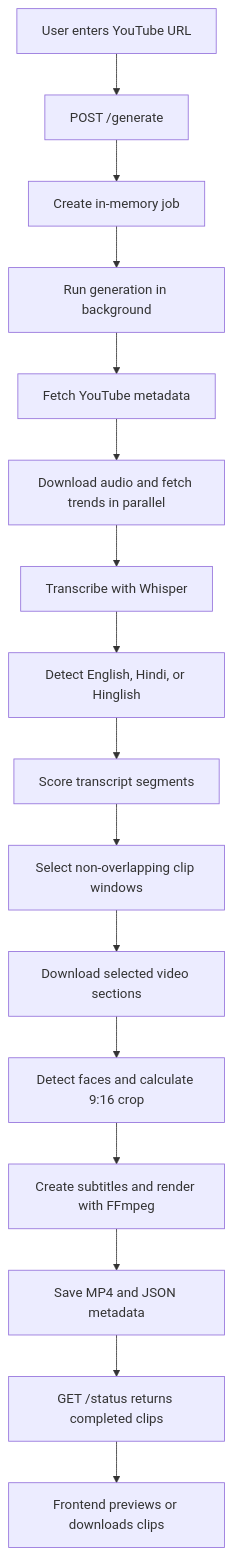
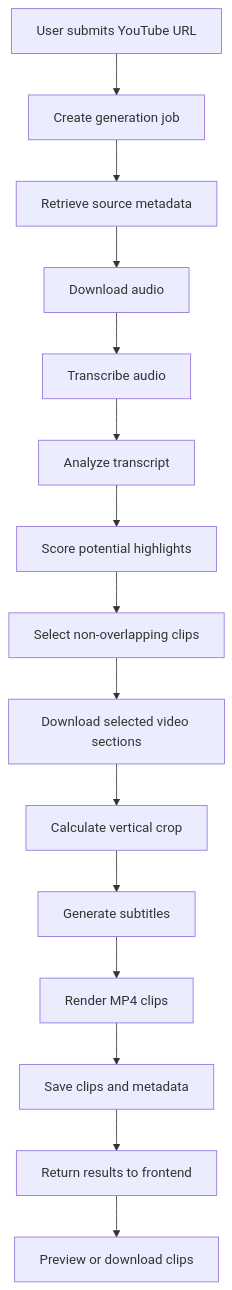
The diagram in README.md (dubeyarpit5678/shortsGenerator), drawn with Mermaid before and after one commit. The commit also changed other lines of this file and 5 other files, not shown here.

````diff
--- a/README.md
+++ b/README.md
@@ -84,18 +245,17 @@
 ```mermaid
 flowchart TD
-    A[User enters YouTube URL] --> B[POST /generate]
-    B --> C[Create in-memory job]
-    C --> D[Run generation in background]
-    D --> E[Fetch YouTube metadata]
-    E --> F[Download audio and fetch trends in parallel]
-    F --> G[Transcribe with Whisper]
-    G --> H[Detect English, Hindi, or Hinglish]
-    H --> I[Score transcript segments]
-    I --> J[Select non-overlapping clip windows]
-    J --> K[Download selected video sections]
-    K --> L[Detect faces and calculate 9:16 crop]
-    L --> M[Create subtitles and render with FFmpeg]
-    M --> N[Save MP4 and JSON metadata]
-    N --> O[GET /status returns completed clips]
-    O --> P[Frontend previews or downloads clips]
+    A[User submits YouTube URL] --> B[Create generation job]
+    B --> C[Retrieve source metadata]
+    C --> D[Download audio]
+    D --> E[Transcribe audio]
+    E --> F[Analyze transcript]
+    F --> G[Score potential highlights]
+    G --> H[Select non-overlapping clips]
+    H --> I[Download selected video sections]
+    I --> J[Calculate vertical crop]
+    J --> K[Generate subtitles]
+    K --> L[Render MP4 clips]
+    L --> M[Save clips and metadata]
+    M --> N[Return results to frontend]
+    N --> O[Preview or download clips]
 ```
````
